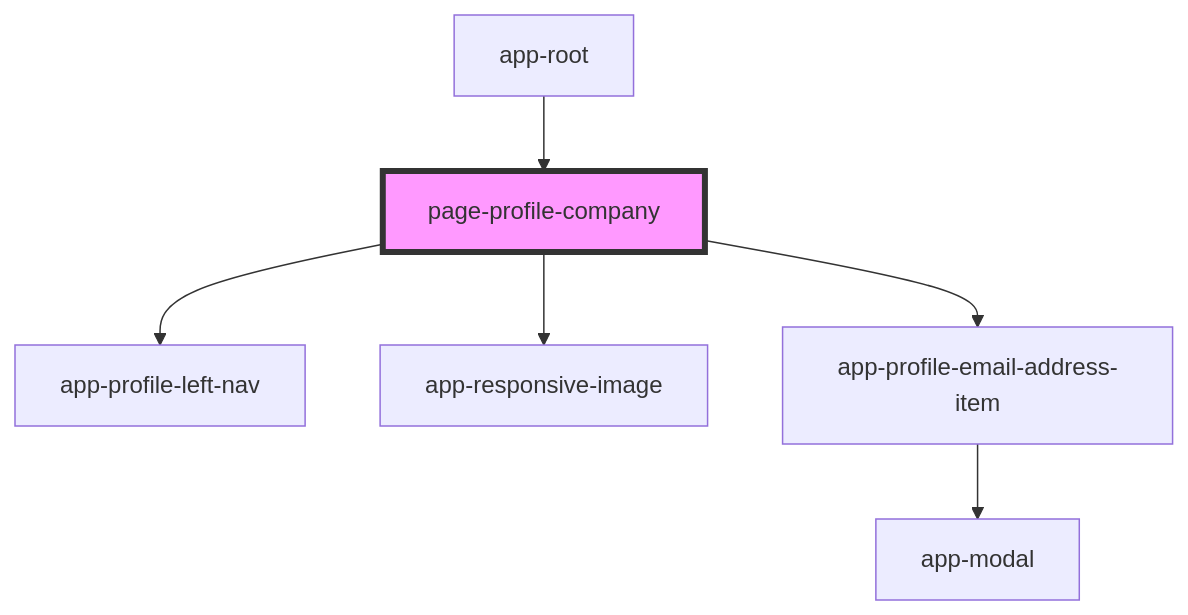
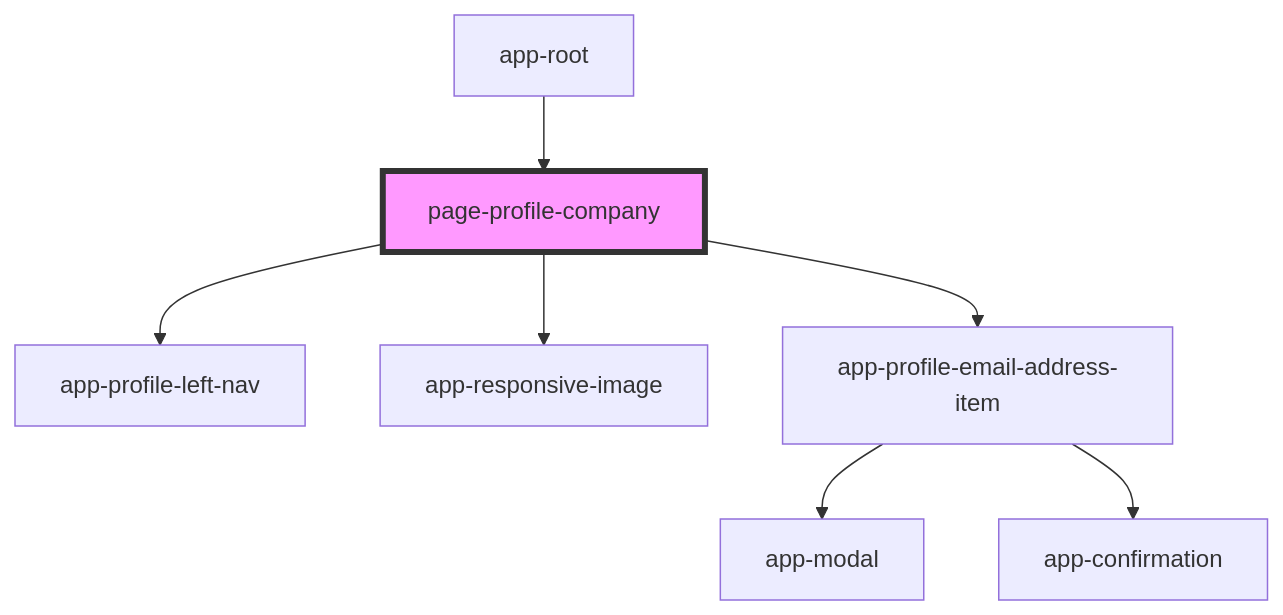
Before and after one commit to lokheed/IconEventNetwork.Web: the diagram in iconeventnetwork-web/src/components/pages/page-profile-company/readme.md, drawn with Mermaid. The commit also changed 19 other files, not shown here.

````diff
--- a/iconeventnetwork-web/src/components/pages/page-profile-company/readme.md
+++ b/iconeventnetwork-web/src/components/pages/page-profile-company/readme.md
@@ -28,9 +28,10 @@
 ```mermaid
 graph TD;
   page-profile-company --> app-profile-left-nav
   page-profile-company --> app-responsive-image
   page-profile-company --> app-profile-email-address-item
   app-profile-email-address-item --> app-modal
+  app-profile-email-address-item --> app-confirmation
   app-root --> page-profile-company
   style page-profile-company fill:#f9f,stroke:#333,stroke-width:4px
 ```
````
